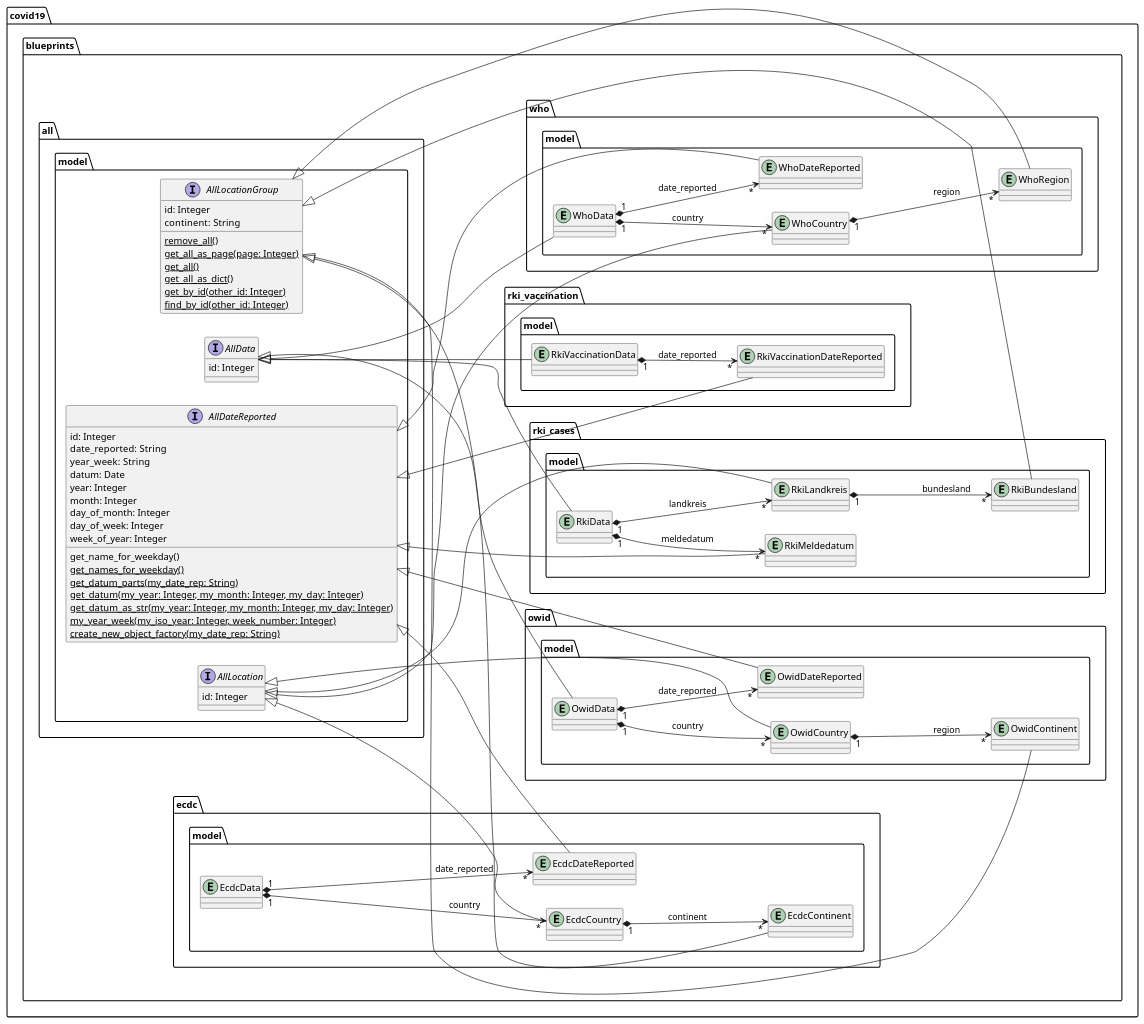
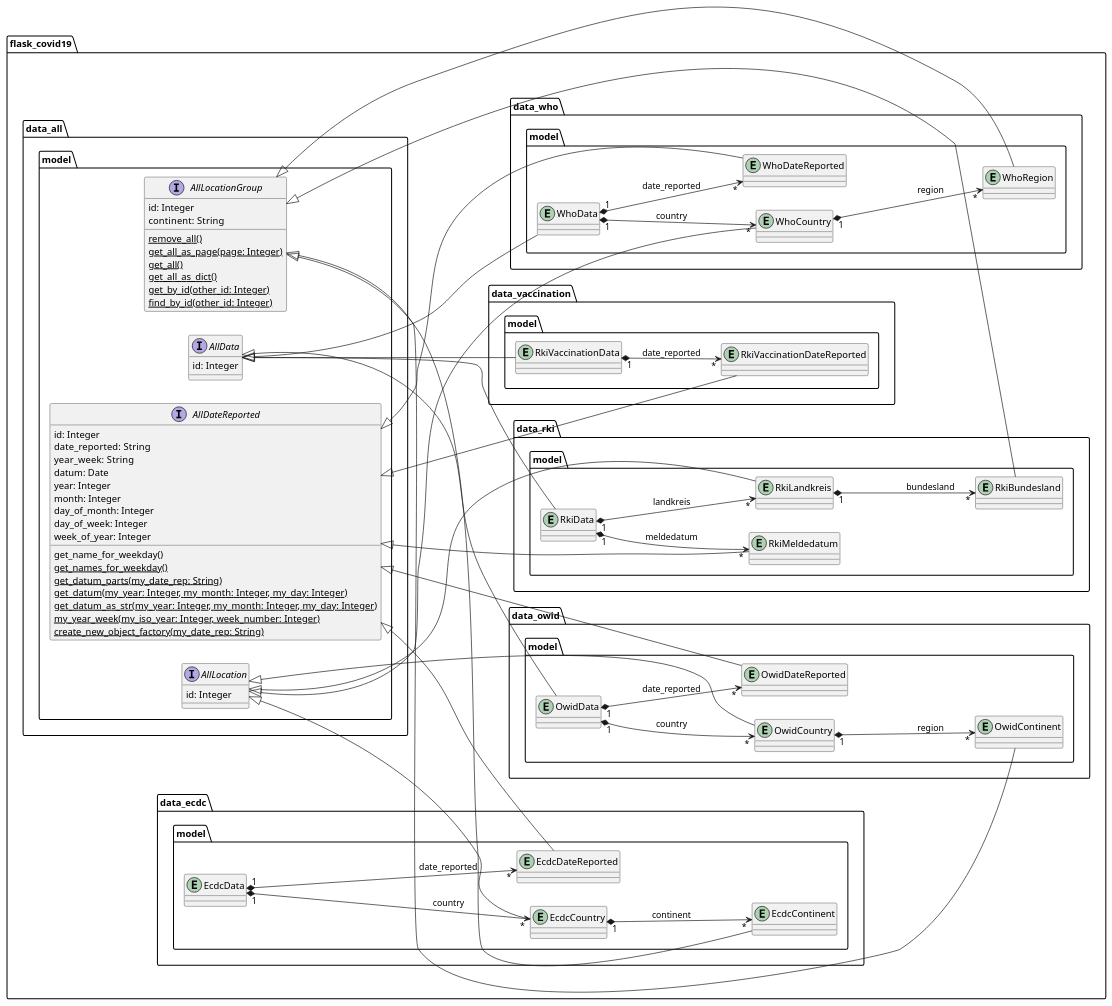
Before and after one commit to thomaswoehlke/flask_covid19: the diagram in docs/blueprints/data_all/uml/all_domain_model_star_schema.puml, drawn with PlantUML. The commit also changed 19 other files, not shown here.

```diff
--- a/docs/blueprints/data_all/uml/all_domain_model_star_schema.puml
+++ b/docs/blueprints/data_all/uml/all_domain_model_star_schema.puml
@@ -1,122 +1,122 @@
 @startuml
 left to right direction
 
 
-package covid19.blueprints.all.model {
+package flask_covid19.data_all.model {
 
 	interface AllDateReported {
 	    id: Integer
 		date_reported:  String
 	    year_week:  String
 	    datum: Date
 	    year: Integer
 	    month: Integer
 	    day_of_month: Integer
 	    day_of_week: Integer
 	    week_of_year: Integer
 		get_name_for_weekday()
 		{classifier} get_names_for_weekday()
 		{classifier} get_datum_parts(my_date_rep: String)
 		{classifier} get_datum(my_year: Integer, my_month: Integer, my_day: Integer)
 		{classifier} get_datum_as_str(my_year: Integer, my_month: Integer, my_day: Integer)
 		{classifier} my_year_week(my_iso_year: Integer, week_number: Integer)
 		{classifier} create_new_object_factory(my_date_rep: String)
 	}
 
 	interface AllLocationGroup {
 	    id: Integer
 	    continent:  String
 	    {classifier} remove_all()
 	    {classifier} get_all_as_page(page: Integer)
 	    {classifier} get_all()
 	    {classifier} get_all_as_dict()
 	    {classifier} get_by_id(other_id: Integer)
 	    {classifier} find_by_id(other_id: Integer)
 	}
 	interface AllLocation {
 	    id: Integer
     }
 	interface AllData {
 	    id: Integer
 	}
 }
 
 
-package covid19.blueprints.ecdc.model {
+package flask_covid19.data_ecdc.model {
 	entity EcdcContinent {}
 	entity EcdcCountry {}
 	entity EcdcData {}
 	entity EcdcDateReported {}
 }
 
 AllDateReported <|-- EcdcDateReported
 AllLocationGroup <|-- EcdcContinent
 AllLocation <|-- EcdcCountry
 
 EcdcCountry "1" *--> "*" EcdcContinent: continent
 EcdcData "1" *--> "*" EcdcCountry: country
 EcdcData "1" *--> "*" EcdcDateReported: date_reported
 
 
-package covid19.blueprints.owid.model {
+package flask_covid19.data_owid.model {
 	entity OwidContinent {}
 	entity OwidCountry {}
 	entity OwidData {}
 	entity OwidDateReported {}
 }
 
 AllDateReported <|-- OwidDateReported
 AllLocationGroup <|-- OwidContinent
 AllLocation <|--  OwidCountry
 AllData <|-- OwidData
 
 OwidCountry "1" *--> "*" OwidContinent : region
 OwidData "1" *--> "*" OwidCountry : country
 OwidData "1" *--> "*" OwidDateReported : date_reported
 
 
-package covid19.blueprints.rki_cases.model {
+package flask_covid19.data_rki.model {
 	entity RkiBundesland {}
 	entity RkiLandkreis {}
 	entity RkiData {}
 	entity RkiMeldedatum {}
 }
 
 AllDateReported <|-- RkiMeldedatum
 AllLocationGroup <|-- RkiBundesland
 AllLocation <|-- RkiLandkreis
 AllData <|-- RkiData
 
 RkiLandkreis "1" *--> "*" RkiBundesland : bundesland
 RkiData "1" *--> "*" RkiLandkreis : landkreis
 RkiData "1" *--> "*" RkiMeldedatum : meldedatum
 
 
-package covid19.blueprints.rki_vaccination.model {
+package flask_covid19.data_vaccination.model {
 	entity RkiVaccinationDateReported {}
 	entity RkiVaccinationData {}
 }
 
 AllDateReported <|-- RkiVaccinationDateReported
 AllData <|-- RkiVaccinationData
 
 RkiVaccinationData "1" *--> "*" RkiVaccinationDateReported : date_reported
 
 
-package covid19.blueprints.who.model {
+package flask_covid19.data_who.model {
 	entity WhoRegion {}
 	entity WhoCountry {}
 	entity WhoData {}
 	entity WhoDateReported {}
 }
 
 AllDateReported <|-- WhoDateReported
 AllLocationGroup <|-- WhoRegion
 AllLocation <|-- WhoCountry
 AllData <|-- WhoData
 
 WhoCountry "1" *--> "*" WhoRegion : region
 WhoData "1" *--> "*" WhoCountry : country
 WhoData "1" *--> "*" WhoDateReported : date_reported
 
 @enduml
```
